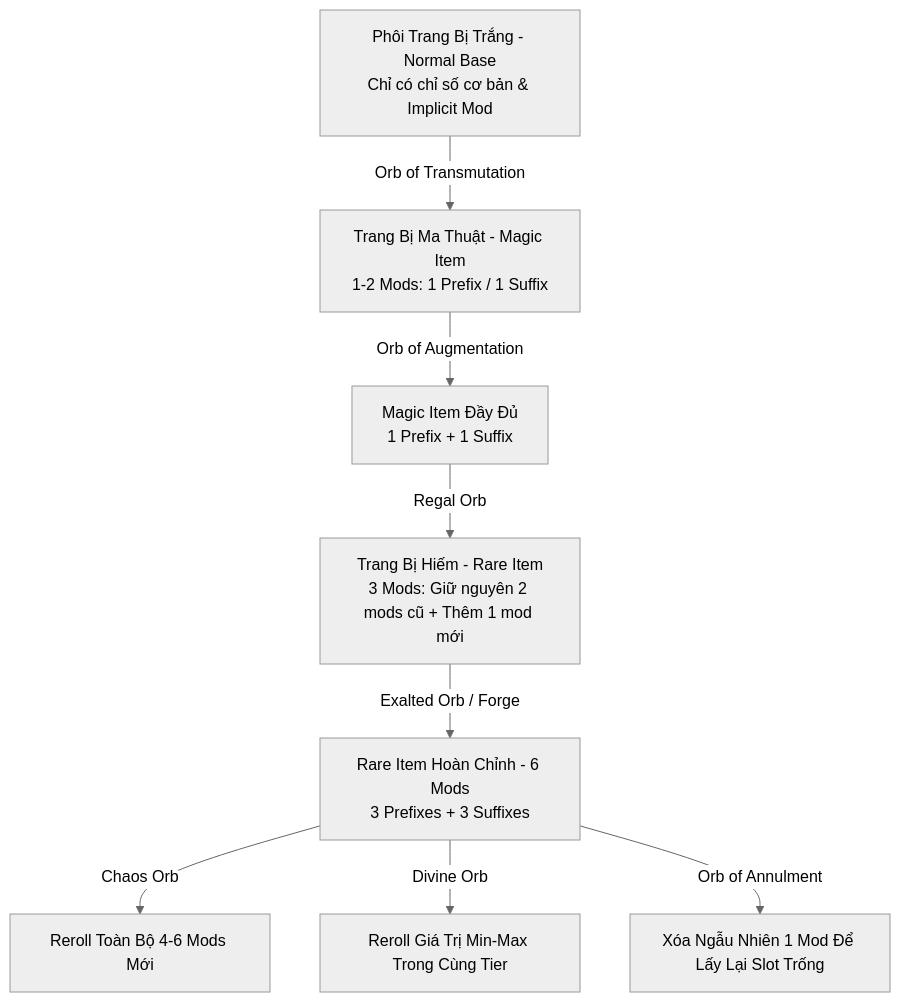
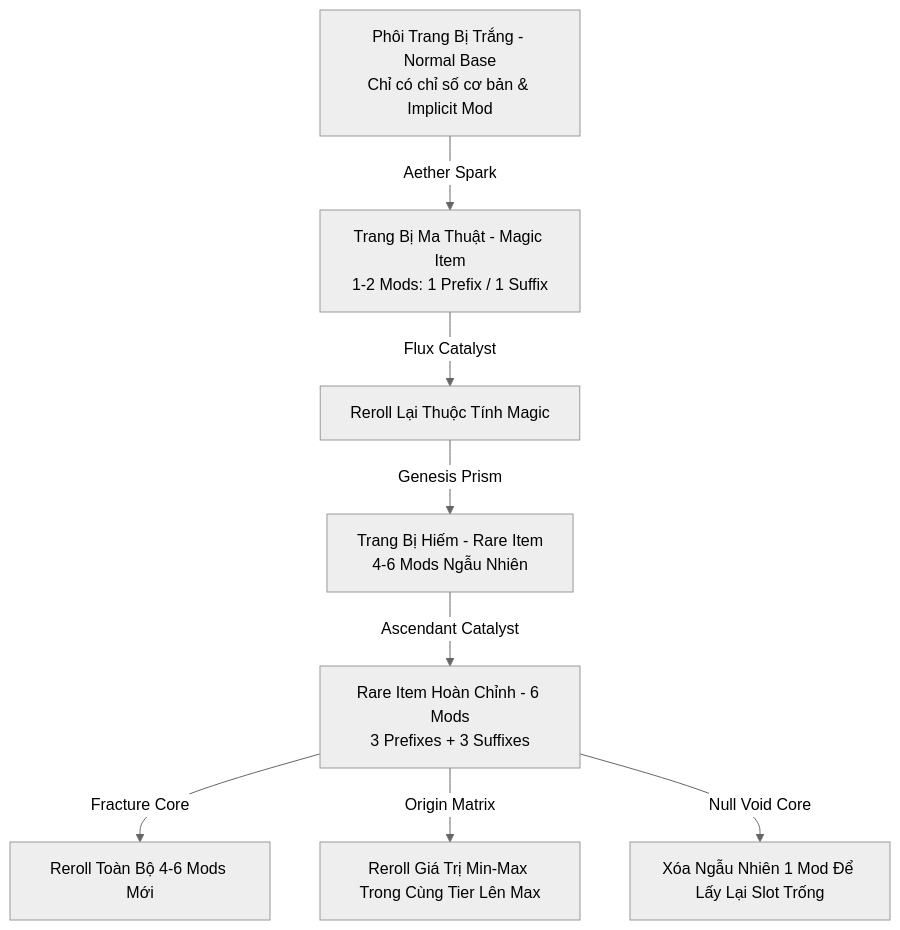
Before and after one commit to kzxl/my-dream-game: the diagram in docs/design/item_affixes_and_crafting_mod_system_design.md, drawn with Mermaid (neutral theme). The commit also changed other lines of this file and 1 other file, not shown here.

Commit message:
docs: update crafting currency terminology to MDG Genesis Catalysts in README and design specs

````diff
--- a/docs/design/item_affixes_and_crafting_mod_system_design.md
+++ b/docs/design/item_affixes_and_crafting_mod_system_design.md
@@ -17,10 +17,10 @@
 ```mermaid
 graph TD
-    Base[Phôi Trang Bị Trắng - Normal Base<br>Chỉ có chỉ số cơ bản & Implicit Mod] -->|Orb of Transmutation| Magic[Trang Bị Ma Thuật - Magic Item<br>1-2 Mods: 1 Prefix / 1 Suffix]
-    Magic -->|Orb of Augmentation| Magic2[Magic Item Đầy Đủ<br>1 Prefix + 1 Suffix]
-    Magic2 -->|Regal Orb| Rare3[Trang Bị Hiếm - Rare Item<br>3 Mods: Giữ nguyên 2 mods cũ + Thêm 1 mod mới]
-    Rare3 -->|Exalted Orb / Forge| Rare6[Rare Item Hoàn Chỉnh - 6 Mods<br>3 Prefixes + 3 Suffixes]
-    Rare6 -->|Chaos Orb| RareNew[Reroll Toàn Bộ 4-6 Mods Mới]
-    Rare6 -->|Divine Orb| RarePefect[Reroll Giá Trị Min-Max Trong Cùng Tier]
-    Rare6 -->|Orb of Annulment| RareMinus[Xóa Ngẫu Nhiên 1 Mod Để Lấy Lại Slot Trống]
+    Base[Phôi Trang Bị Trắng - Normal Base<br>Chỉ có chỉ số cơ bản & Implicit Mod] -->|Aether Spark| Magic[Trang Bị Ma Thuật - Magic Item<br>1-2 Mods: 1 Prefix / 1 Suffix]
+    Magic -->|Flux Catalyst| Magic2[Reroll Lại Thuộc Tính Magic]
+    Magic2 -->|Genesis Prism| Rare3[Trang Bị Hiếm - Rare Item<br>4-6 Mods Ngẫu Nhiên]
+    Rare3 -->|Ascendant Catalyst| Rare6[Rare Item Hoàn Chỉnh - 6 Mods<br>3 Prefixes + 3 Suffixes]
+    Rare6 -->|Fracture Core| RareNew[Reroll Toàn Bộ 4-6 Mods Mới]
+    Rare6 -->|Origin Matrix| RarePefect[Reroll Giá Trị Min-Max Trong Cùng Tier Lên Max]
+    Rare6 -->|Null Void Core| RareMinus[Xóa Ngẫu Nhiên 1 Mod Để Lấy Lại Slot Trống]
 ```
````
